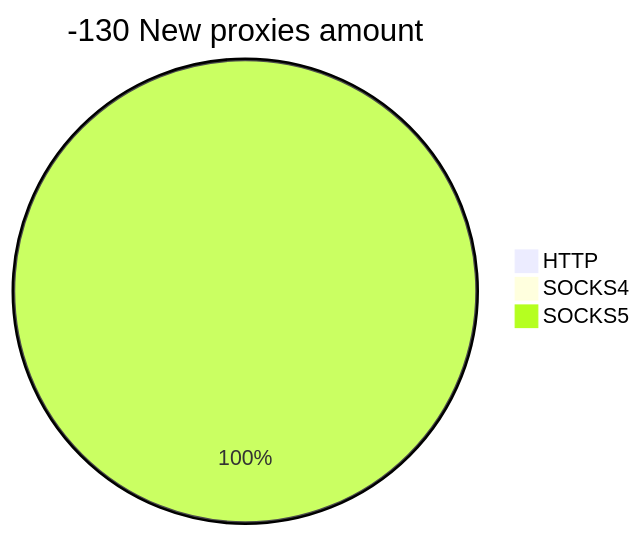
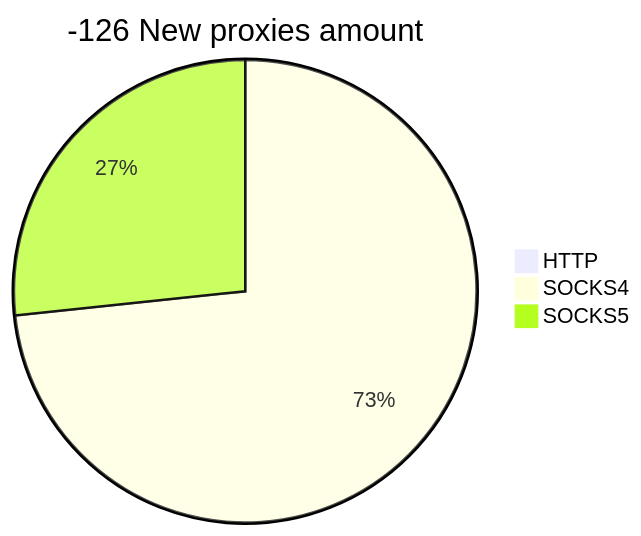
The second of 2 diagrams in README.md (cutipu/proxylist), drawn with Mermaid before and after one commit. The commit also changed other lines of this file, not shown here.

````diff
--- a/README.md
+++ b/README.md
@@ -10,6 +10,6 @@
 ```mermaid
-pie title -130 New proxies amount
+pie title -126 New proxies amount
     "HTTP" : 0
-    "SOCKS4" : 0
-    "SOCKS5" : 7
+    "SOCKS4" : 55
+    "SOCKS5" : 20
 ```
````
